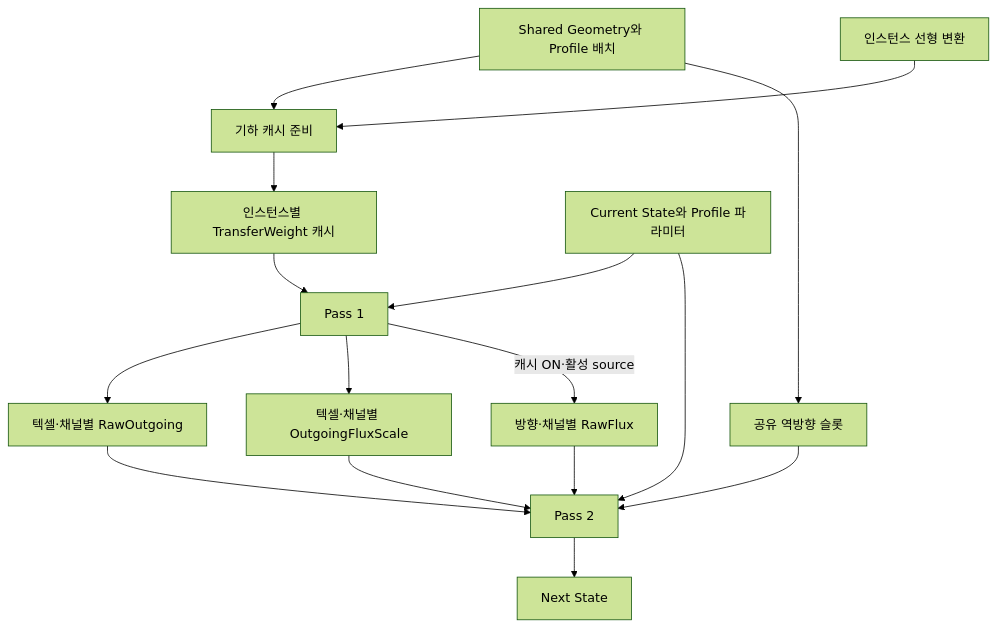
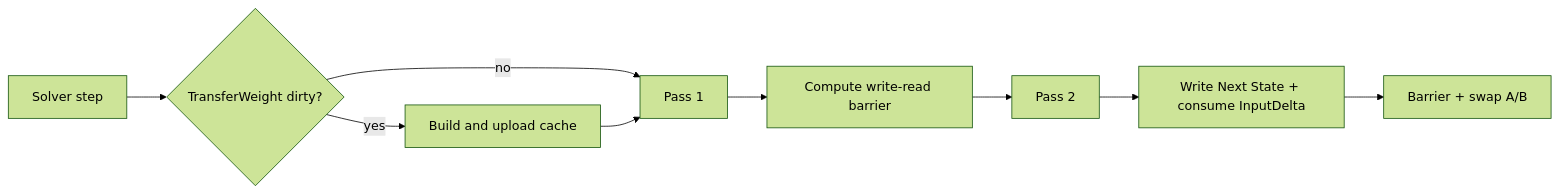
The second of 3 diagrams in Docs/MDSSP-Vault/04_Architecture/0007_Simulation-Optimization.md (Yonaim/Material-Dependent-Surface-State-Engine), drawn with Mermaid (forest theme) before and after one commit. The commit also changed other lines of this file and 55 other files, not shown here.

Commit message:
Docs: Flow Map과 Architecture 문서 체계 정리

````diff
--- a/Docs/MDSSP-Vault/04_Architecture/0007_Simulation-Optimization.md
+++ b/Docs/MDSSP-Vault/04_Architecture/0007_Simulation-Optimization.md
@@ -31,18 +54,11 @@
 ```mermaid
-flowchart TD
-    Shared[Shared Geometry와 Profile 배치] --> Prep[기하 캐시 준비]
-    Transform[인스턴스 선형 변환] --> Prep
-    Prep --> Weight[인스턴스별 TransferWeight 캐시]
-    Current[Current State와 Profile 파라미터] --> P1[Pass 1]
-    Weight --> P1
-    P1 --> Sum[텍셀·채널별 RawOutgoing]
-    P1 --> Alpha[텍셀·채널별 OutgoingFluxScale]
-    Sum --> P2[Pass 2]
-    Alpha --> P2
-    P1 -->|캐시 ON·활성 source| Flux[방향·채널별 RawFlux]
-    Flux --> P2
-    Shared --> Reverse[공유 역방향 슬롯]
-    Reverse --> P2
-    Current --> P2
-    P2 --> Next[Next State]
+flowchart LR
+  Start[Solver step] --> Dirty{TransferWeight dirty?}
+  Dirty -->|yes| Prepare[Build and upload cache]
+  Dirty -->|no| P1[Pass 1]
+  Prepare --> P1
+  P1 --> Barrier[Compute write-read barrier]
+  Barrier --> P2[Pass 2]
+  P2 --> Apply[Write Next State + consume InputDelta]
+  Apply --> Swap[Barrier + swap A/B]
 ```
````
